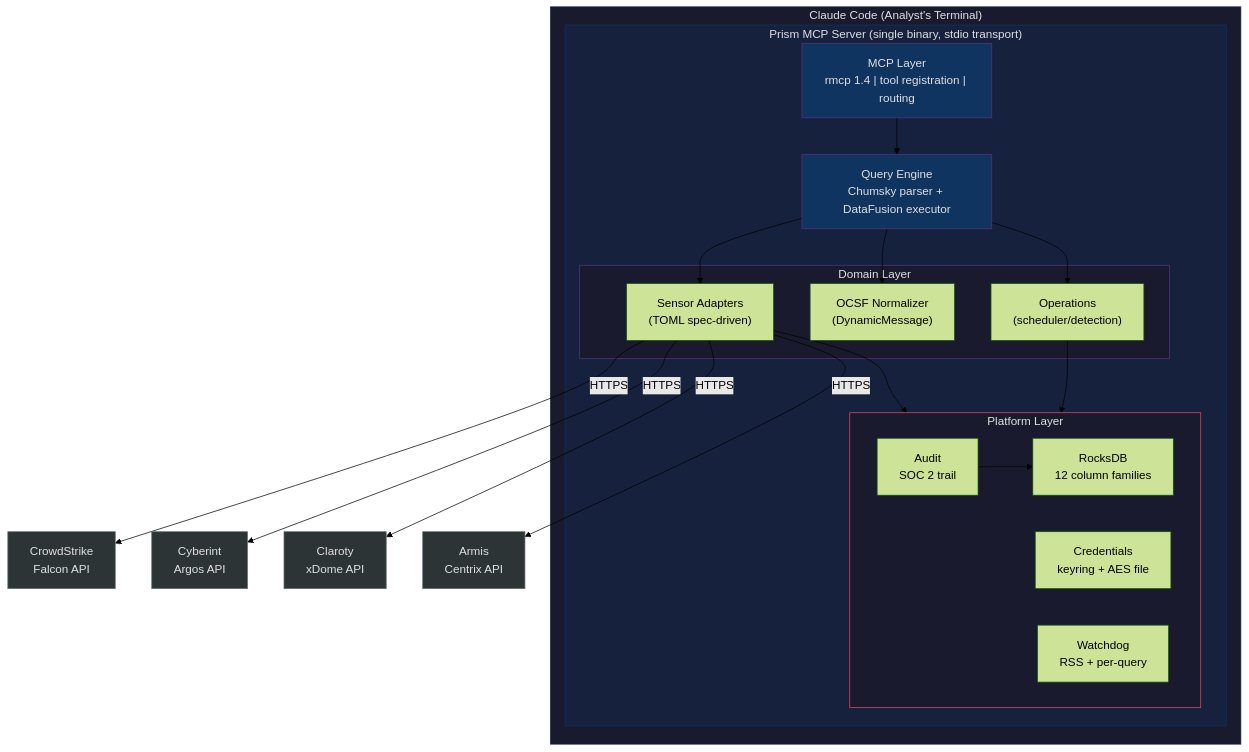
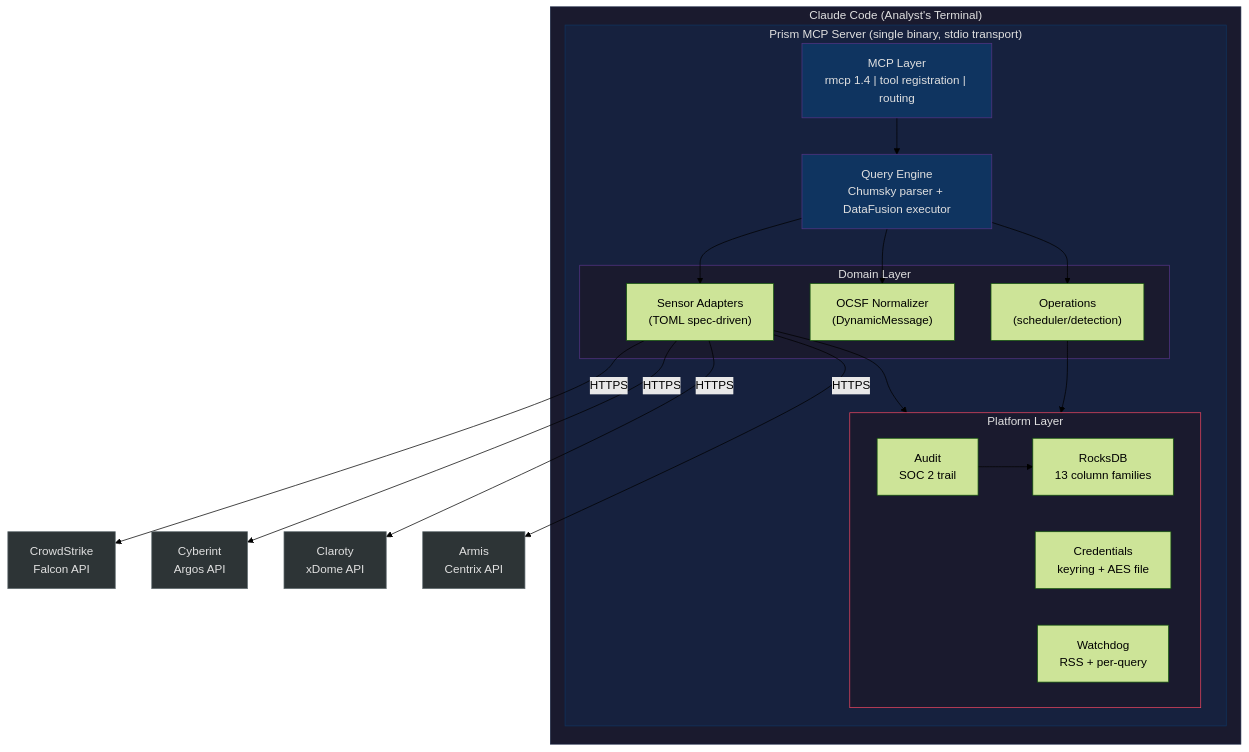
Before and after one commit to drbothen/prism: the third of 6 diagrams in specs/architecture/system-overview.md, drawn with Mermaid (forest theme). The commit also changed 9 other files, not shown here.

````diff
--- a/specs/architecture/system-overview.md
+++ b/specs/architecture/system-overview.md
@@ -189,46 +189,46 @@
 ```mermaid
 graph TB
     subgraph CC["Claude Code (Analyst's Terminal)"]
         subgraph PRISM["Prism MCP Server (single binary, stdio transport)"]
             MCP["MCP Layer<br/>rmcp 1.4 | tool registration | routing"]
             QE["Query Engine<br/>Chumsky parser + DataFusion executor"]
             
             subgraph MIDDLE["Domain Layer"]
                 SA["Sensor Adapters<br/>(TOML spec-driven)"]
                 OCSF["OCSF Normalizer<br/>(DynamicMessage)"]
                 OPS["Operations<br/>(scheduler/detection)"]
             end
             
             subgraph PLATFORM["Platform Layer"]
-                ROCKS["RocksDB<br/>12 column families"]
+                ROCKS["RocksDB<br/>13 column families"]
                 CREDS["Credentials<br/>keyring + AES file"]
                 AUDIT["Audit<br/>SOC 2 trail"]
                 WATCH["Watchdog<br/>RSS + per-query"]
             end
         end
     end
 
     MCP --> QE
     QE --> SA
     QE --> OCSF
     QE --> OPS
     SA --> PLATFORM
     OPS --> PLATFORM
     AUDIT --> ROCKS
 
     SA -- "HTTPS" --> CS["CrowdStrike<br/>Falcon API"]
     SA -- "HTTPS" --> CY["Cyberint<br/>Argos API"]
     SA -- "HTTPS" --> CL["Claroty<br/>xDome API"]
     SA -- "HTTPS" --> AR["Armis<br/>Centrix API"]
 
     style CC fill:#1a1a2e,stroke:#16213e,color:#e0e0e0
     style PRISM fill:#16213e,stroke:#0f3460,color:#e0e0e0
     style MCP fill:#0f3460,stroke:#533483,color:#e0e0e0
     style QE fill:#0f3460,stroke:#533483,color:#e0e0e0
     style MIDDLE fill:#1a1a2e,stroke:#533483,color:#e0e0e0
     style PLATFORM fill:#1a1a2e,stroke:#e94560,color:#e0e0e0
     style CS fill:#2d3436,stroke:#636e72,color:#e0e0e0
     style CY fill:#2d3436,stroke:#636e72,color:#e0e0e0
     style CL fill:#2d3436,stroke:#636e72,color:#e0e0e0
     style AR fill:#2d3436,stroke:#636e72,color:#e0e0e0
 ```
````
